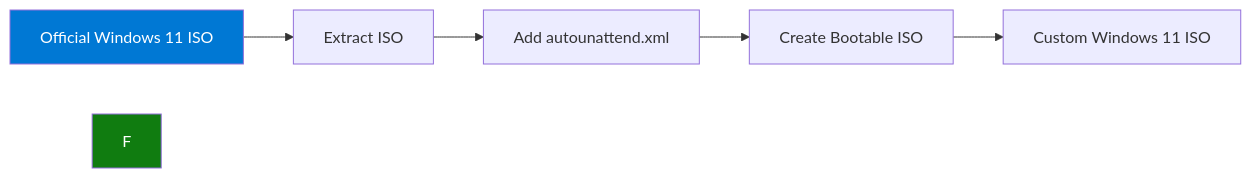
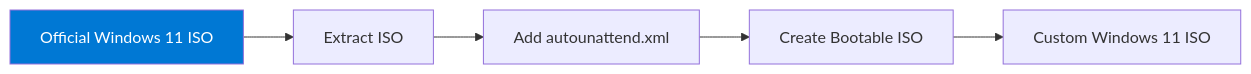
The diagram in README.md (RaulCapelaru/RaulWin11IsoCustomizer), drawn with Mermaid before and after one commit.

Commit message:
Update README,md

````diff
--- a/README.md
+++ b/README.md
@@ -188,10 +188,9 @@
 ```mermaid
 graph LR
     A[Official Windows 11 ISO] --> B[Extract ISO]
     B --> C[Add autounattend.xml]
     C --> D[Create Bootable ISO]
     D --> E[Custom Windows 11 ISO]
     
     style A fill:#0078D4,color:#fff
-    style F fill:#107C10,color:#fff
 ```
````
